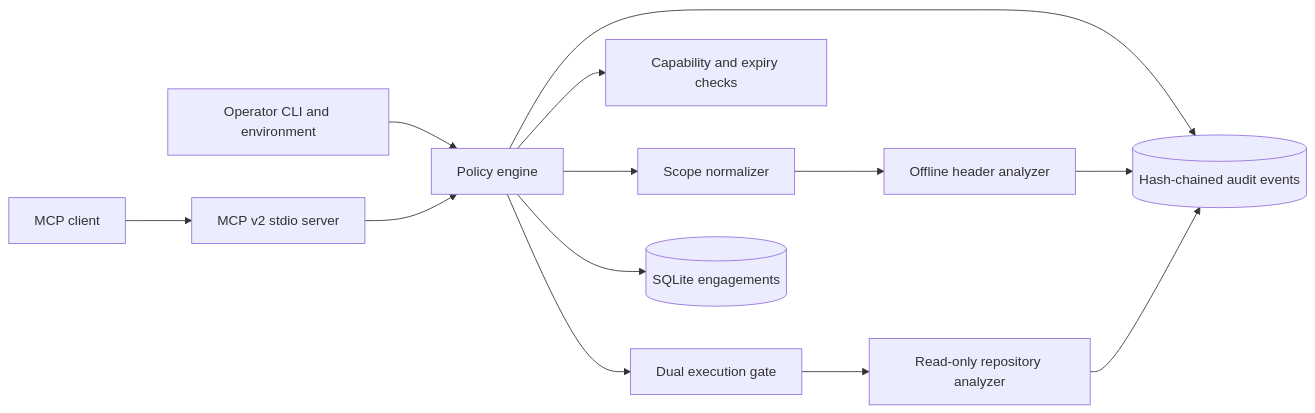
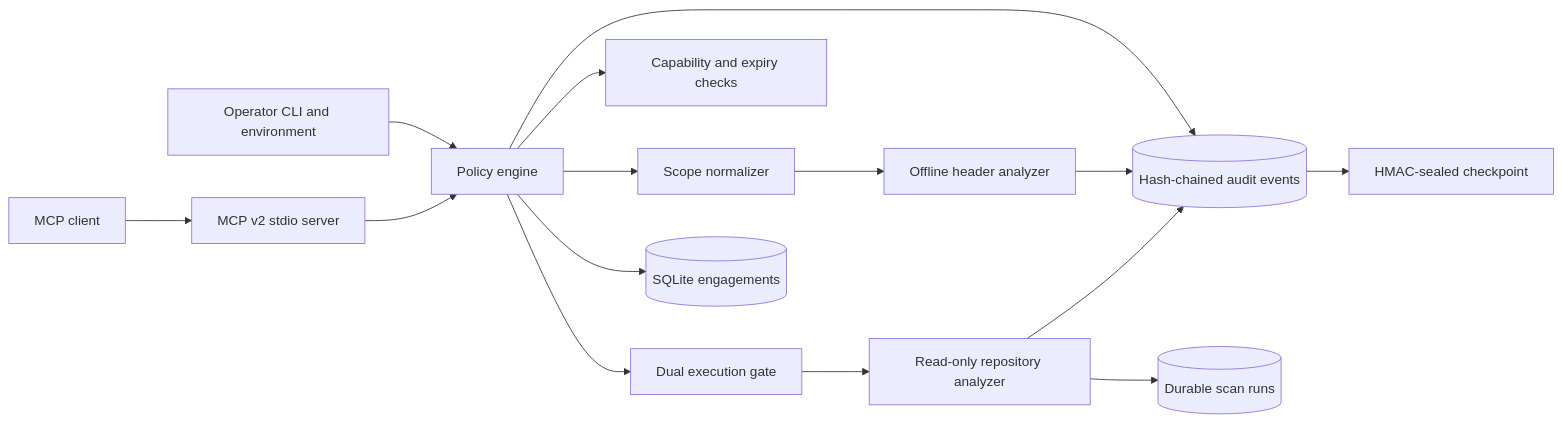
One commit to mzatylny/scopeguard-mcp changed the diagram in ARCHITECTURE.md. Above: the diagram before and after it, drawn with Mermaid. The commit also changed other lines of this file and 28 other files, not shown here.

````diff
--- a/ARCHITECTURE.md
+++ b/ARCHITECTURE.md
@@ -3,15 +3,17 @@
 ```mermaid
 flowchart LR
     A["MCP client"] --> B["MCP v2 stdio server"]
     O["Operator CLI and environment"] --> C["Policy engine"]
     B --> C
     C --> D["Scope normalizer"]
     C --> E["Capability and expiry checks"]
     C --> F["Dual execution gate"]
     D --> G["Offline header analyzer"]
     F --> H["Read-only repository analyzer"]
     C --> I[("SQLite engagements")]
     C --> J[("Hash-chained audit events")]
+    H --> K[("Durable scan runs")]
+    J --> L["HMAC-sealed checkpoint"]
     G --> J
     H --> J
 ```
````
